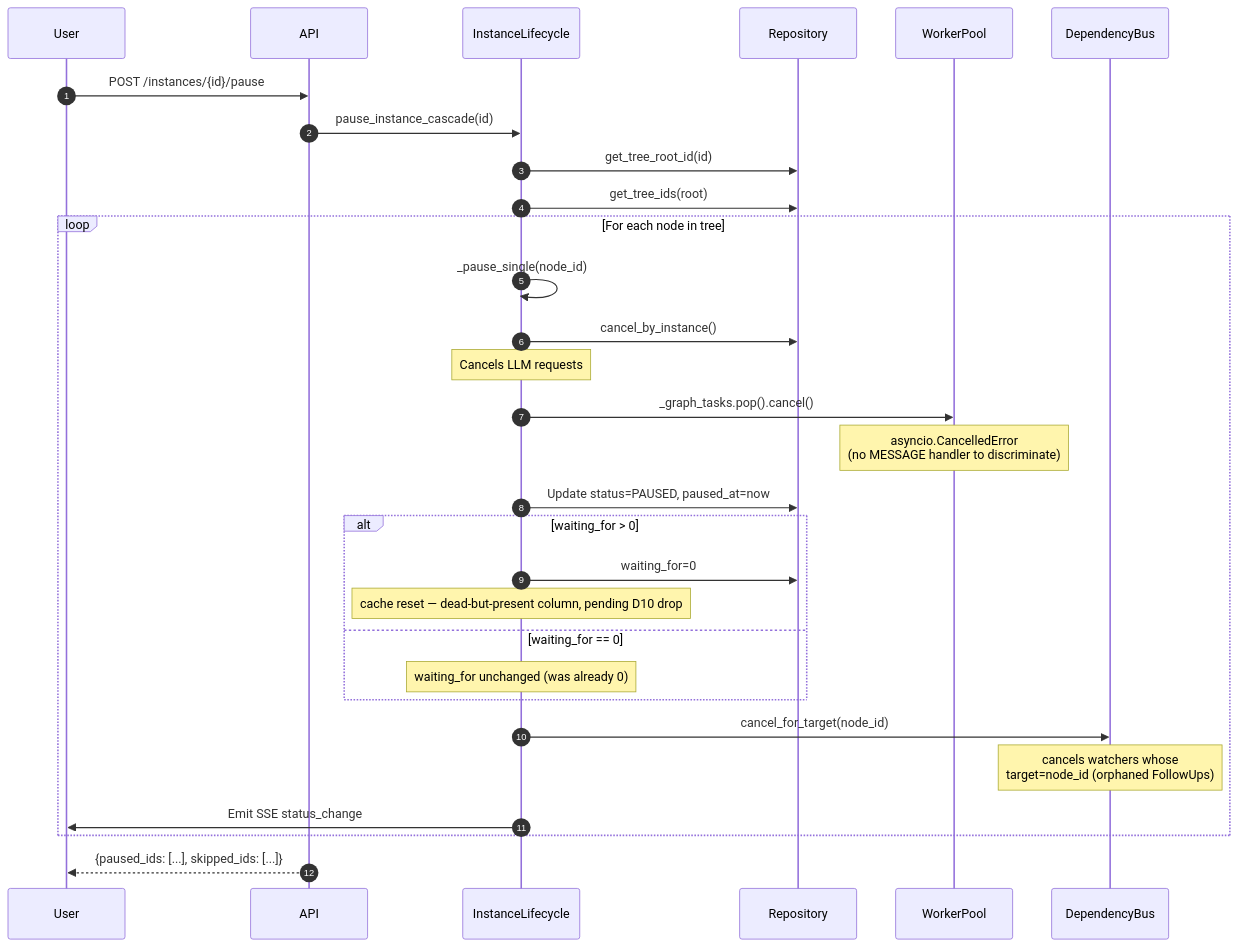
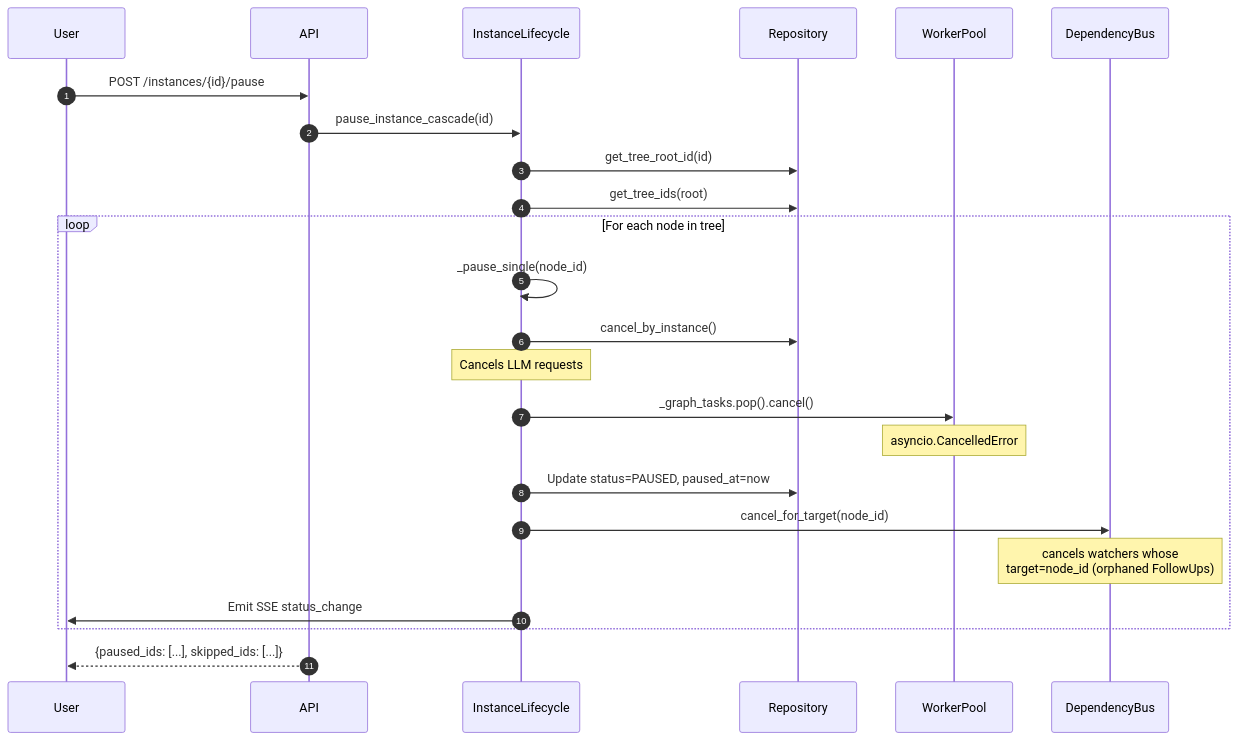
The second of 10 diagrams in docs/architecture/job-task-pause-resume.md (disillusioners/ensemble), drawn with Mermaid before and after one commit. The commit also changed other lines of this file and 17 other files, not shown here.

````diff
--- a/docs/architecture/job-task-pause-resume.md
+++ b/docs/architecture/job-task-pause-resume.md
@@ -488,33 +475,27 @@
 ```mermaid
 sequenceDiagram
     autonumber
     participant User
     participant API
     participant InstanceLifecycle
     participant Repository
     participant WorkerPool
     participant Bus as DependencyBus
 
     User->>API: POST /instances/{id}/pause
     API->>InstanceLifecycle: pause_instance_cascade(id)
     InstanceLifecycle->>Repository: get_tree_root_id(id)
     InstanceLifecycle->>Repository: get_tree_ids(root)
     loop For each node in tree
         InstanceLifecycle->>InstanceLifecycle: _pause_single(node_id)
         InstanceLifecycle->>Repository: cancel_by_instance()
         Note over InstanceLifecycle: Cancels LLM requests
         InstanceLifecycle->>WorkerPool: _graph_tasks.pop().cancel()
-        Note over WorkerPool: asyncio.CancelledError<br/>(no MESSAGE handler to discriminate)
+        Note over WorkerPool: asyncio.CancelledError
         InstanceLifecycle->>Repository: Update status=PAUSED, paused_at=now
-        alt waiting_for > 0
-            InstanceLifecycle->>Repository: waiting_for=0
-            Note over InstanceLifecycle: cache reset — dead-but-present column, pending D10 drop
-        else waiting_for == 0
-            Note over InstanceLifecycle: waiting_for unchanged (was already 0)
-        end
         InstanceLifecycle->>Bus: cancel_for_target(node_id)
         Note over Bus: cancels watchers whose<br/>target=node_id (orphaned FollowUps)
         InstanceLifecycle->>User: Emit SSE status_change
     end
     API-->>User: {paused_ids: [...], skipped_ids: [...]}
 ```
````
